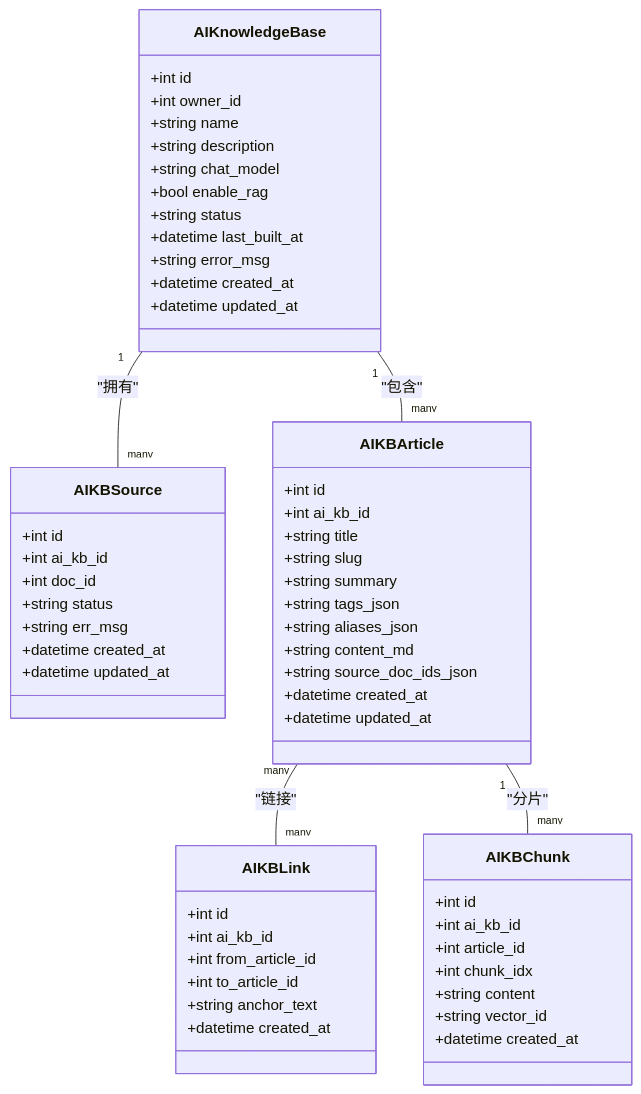
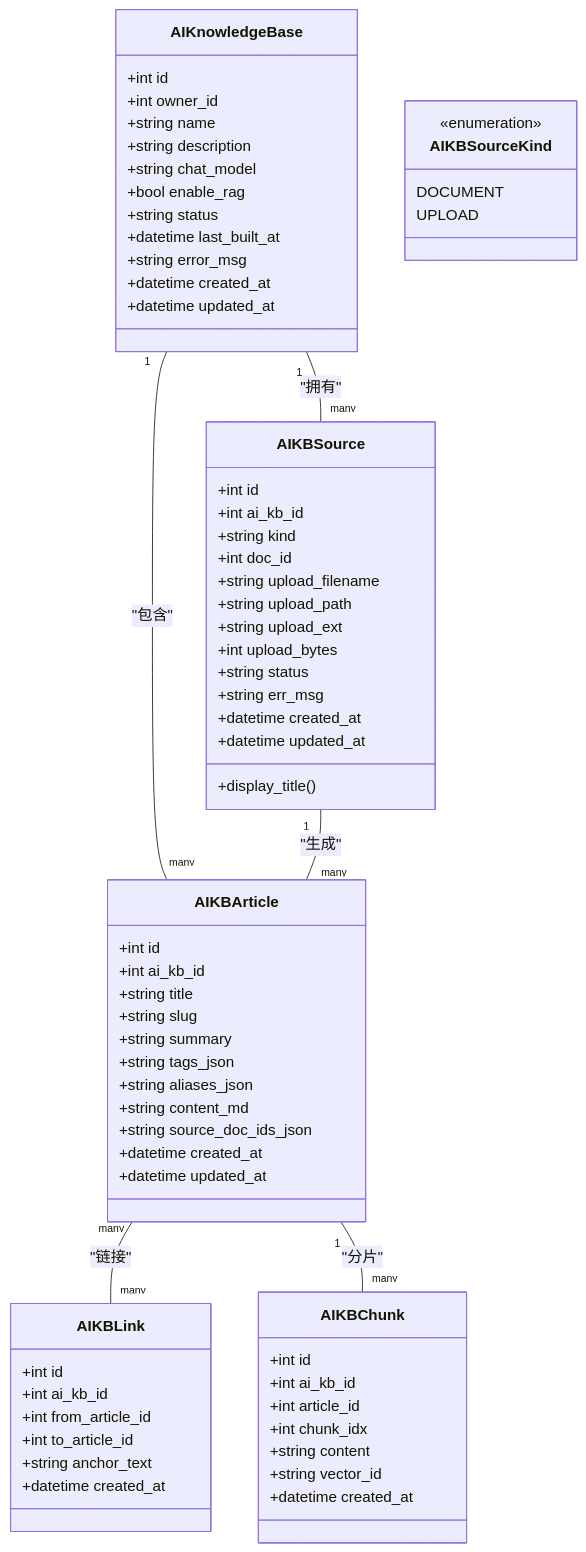
The second of 6 diagrams in .qoder/repowiki/zh/content/架构设计/数据持久化架构/AI知识库数据模型.md (beyondalbert/my_wiki), drawn with Mermaid before and after one commit. The commit also changed other lines of this file and 7 other files, not shown here.

````diff
--- a/.qoder/repowiki/zh/content/架构设计/数据持久化架构/AI知识库数据模型.md
+++ b/.qoder/repowiki/zh/content/架构设计/数据持久化架构/AI知识库数据模型.md
@@ -112,59 +127,71 @@
 ```mermaid
 classDiagram
 class AIKnowledgeBase {
 +int id
 +int owner_id
 +string name
 +string description
 +string chat_model
 +bool enable_rag
 +string status
 +datetime last_built_at
 +string error_msg
 +datetime created_at
 +datetime updated_at
 }
+class AIKBSourceKind {
+<<enumeration>>
+DOCUMENT
+UPLOAD
+}
 class AIKBSource {
 +int id
 +int ai_kb_id
++string kind
 +int doc_id
++string upload_filename
++string upload_path
++string upload_ext
++int upload_bytes
 +string status
 +string err_msg
 +datetime created_at
 +datetime updated_at
++display_title()
 }
 class AIKBArticle {
 +int id
 +int ai_kb_id
 +string title
 +string slug
 +string summary
 +string tags_json
 +string aliases_json
 +string content_md
 +string source_doc_ids_json
 +datetime created_at
 +datetime updated_at
 }
 class AIKBLink {
 +int id
 +int ai_kb_id
 +int from_article_id
 +int to_article_id
 +string anchor_text
 +datetime created_at
 }
 class AIKBChunk {
 +int id
 +int ai_kb_id
 +int article_id
 +int chunk_idx
 +string content
 +string vector_id
 +datetime created_at
 }
 AIKnowledgeBase "1" -- "many" AIKBSource : "拥有"
 AIKnowledgeBase "1" -- "many" AIKBArticle : "包含"
+AIKBSource "1" -- "many" AIKBArticle : "生成"
 AIKBArticle "many" -- "many" AIKBLink : "链接"
 AIKBArticle "1" -- "many" AIKBChunk : "分片"
 ```
````
